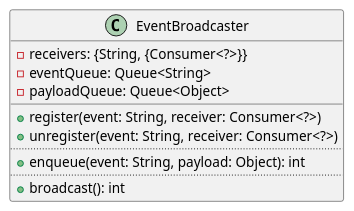
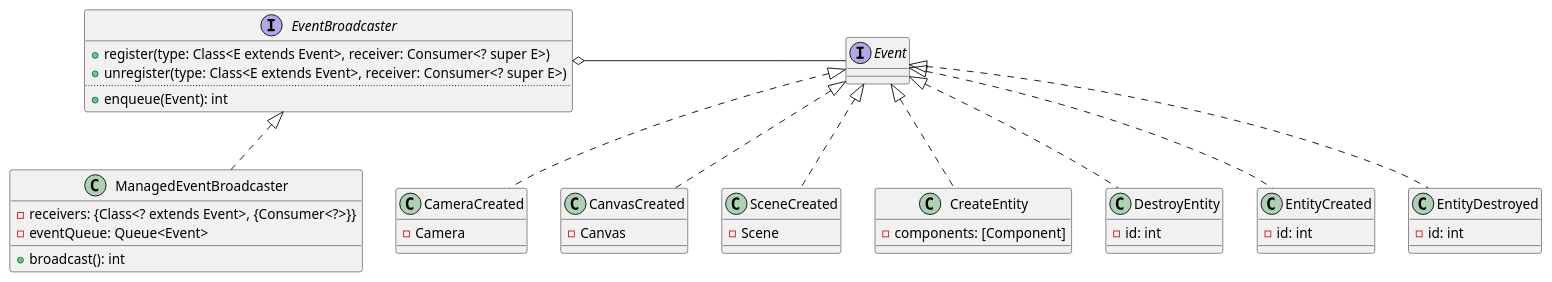
The diagram in docs/uml/pancake-platform/event.class.puml (kkorolyov/pancake), drawn with PlantUML before and after one commit. The commit also changed 5 other files, not shown here.

Commit message:
Update UML

```diff
--- a/docs/uml/pancake-platform/event.class.puml
+++ b/docs/uml/pancake-platform/event.class.puml
@@ -1,16 +1,50 @@
 @startuml
 
-class EventBroadcaster {
-	-receivers: {String, {Consumer<?>}}
-	-eventQueue: Queue<String>
-	-payloadQueue: Queue<Object>
+interface Event
+Event <|.. CameraCreated
+Event <|..CanvasCreated
+Event <|.. SceneCreated
+Event <|.. CreateEntity
+Event <|.. DestroyEntity
+Event <|.. EntityCreated
+Event <|.. EntityDestroyed
+
+class CameraCreated {
+	-Camera
+}
+class CanvasCreated {
+	-Canvas
+}
+class SceneCreated {
+	-Scene
+}
+class CreateEntity {
+	-components: [Component]
+}
+class DestroyEntity {
+	-id: int
+}
+class EntityCreated {
+	-id: int
+}
+class EntityDestroyed {
+	-id: int
+}
+
+interface EventBroadcaster {
+	+register(type: Class<E extends Event>, receiver: Consumer<? super E>)
+	+unregister(type: Class<E extends Event>, receiver: Consumer<? super E>)
+	..
+	+enqueue(Event): int
+}
+EventBroadcaster o- Event
+
+class ManagedEventBroadcaster {
+	-receivers: {Class<? extends Event>, {Consumer<?>}}
+	-eventQueue: Queue<Event>
 	__
-	+register(event: String, receiver: Consumer<?>)
-	+unregister(event: String, receiver: Consumer<?>)
-	..
-	+enqueue(event: String, payload: Object): int
-	..
 	+broadcast(): int
 }
+ManagedEventBroadcaster .u.|> EventBroadcaster
 
 @enduml
```
